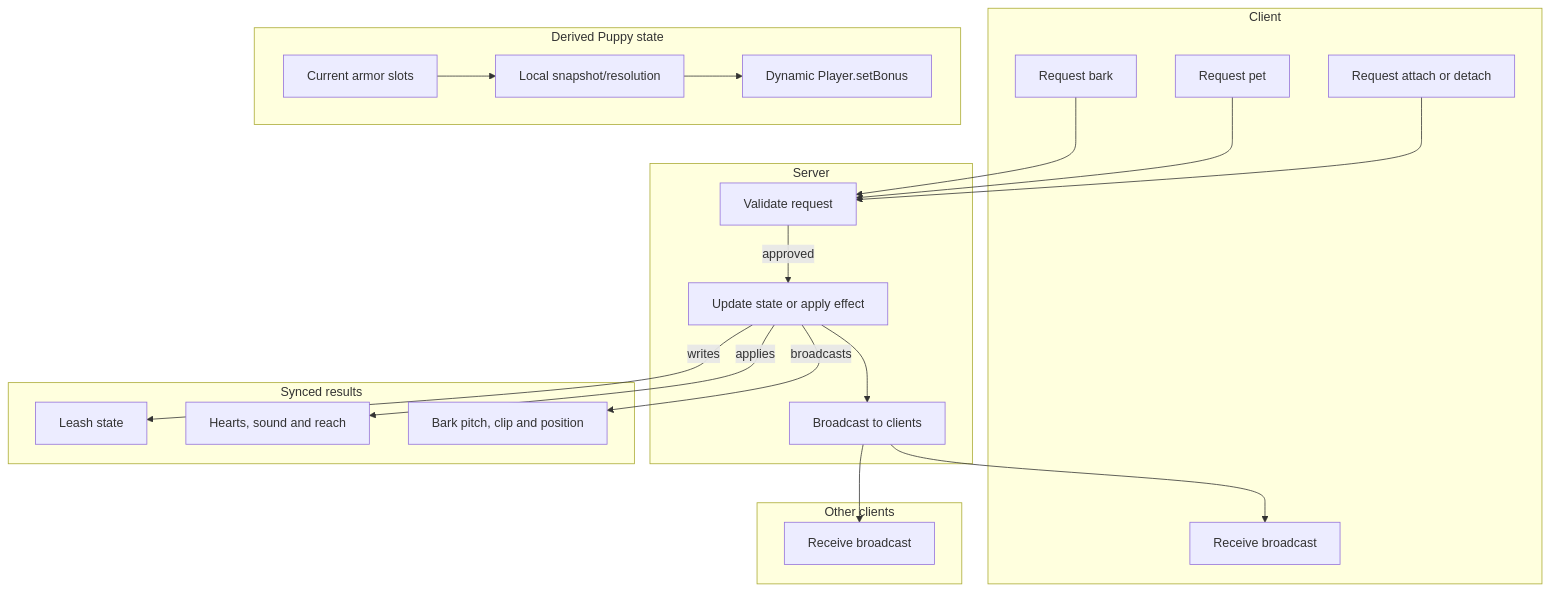
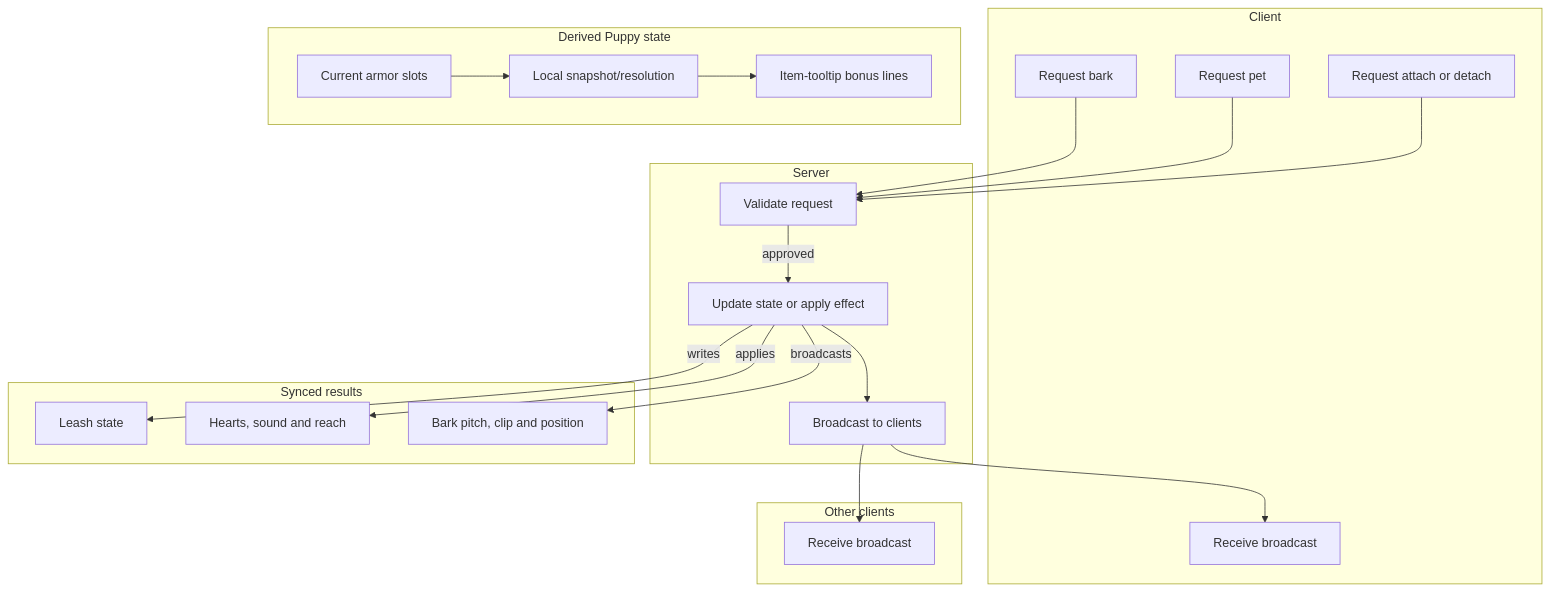
Before and after one commit to POLA-LCS/PolasPuppyMod: the diagram in docs/Network-Sync-Model.md, drawn with Mermaid. The commit also changed other lines of this file and 10 other files, not shown here.

````diff
--- a/docs/Network-Sync-Model.md
+++ b/docs/Network-Sync-Model.md
@@ -7,44 +7,44 @@
 ```mermaid
 flowchart TB
     subgraph Client[Client]
         ReqAttach[Request attach or detach]
         ReqPet[Request pet]
         ReqBark[Request bark]
         Recv[Receive broadcast]
     end
 
     subgraph Server[Server]
         Validate[Validate request]
         Authority[Update state or apply effect]
         Broadcast[Broadcast to clients]
     end
 
     subgraph OtherClients[Other clients]
         Recv2[Receive broadcast]
     end
 
     subgraph Synced[Synced results]
         LeashState[Leash state]
         PetVisuals[Hearts, sound and reach]
         BarkAudio[Bark pitch, clip and position]
     end
 
     subgraph Equipment[Derived Puppy state]
         Armor[Current armor slots]
         Resolution[Local snapshot/resolution]
-        SetText[Dynamic Player.setBonus]
+        Tooltip[Item-tooltip bonus lines]
     end
 
     ReqAttach --> Validate
     ReqPet --> Validate
     ReqBark --> Validate
     Validate -- "approved" --> Authority
     Authority --> Broadcast
     Authority -- "writes" --> LeashState
     Authority -- "applies" --> PetVisuals
     Authority -- "broadcasts" --> BarkAudio
     Broadcast --> Recv
     Broadcast --> Recv2
     Armor --> Resolution
-    Resolution --> SetText
+    Resolution --> Tooltip
 ```
````
